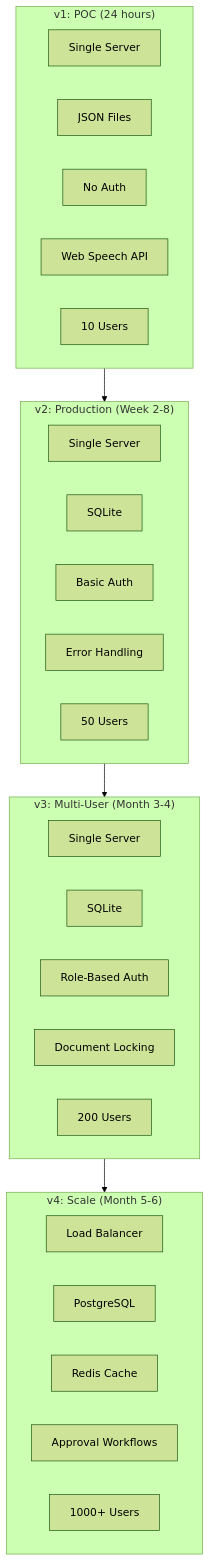
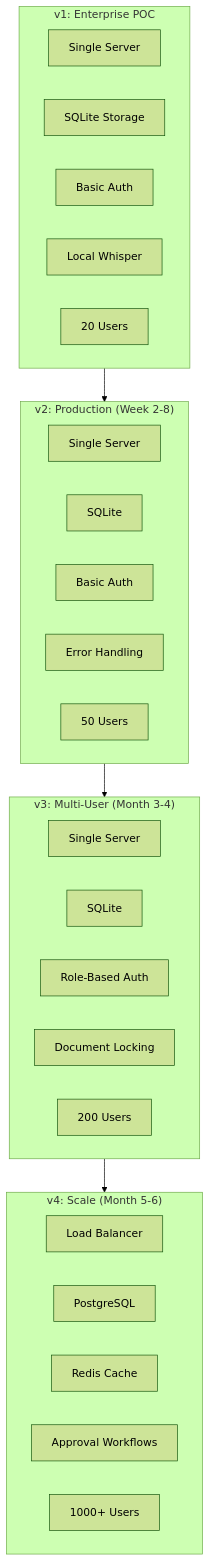
Before and after one commit to steeltroops-ai/smart-office: diagram 18 of 29 in docs/01-design-and-approach.md, drawn with Mermaid (forest theme). The commit also changed other lines of this file and 8 other files, not shown here.

Commit message:
feat: Upgrade to Enterprise V1 Architecture (SQLite, Locking, Auth)

````diff
--- a/docs/01-design-and-approach.md
+++ b/docs/01-design-and-approach.md
@@ -657,38 +654,38 @@
 ```mermaid
 graph TB
-    subgraph V1["v1: POC (24 hours)"]
+    subgraph V1["v1: Enterprise POC"]
         V1A[Single Server]
-        V1B[JSON Files]
-        V1C[No Auth]
-        V1D[Web Speech API]
-        V1E[10 Users]
+        V1B[SQLite Storage]
+        V1C[Basic Auth]
+        V1D[Local Whisper]
+        V1E[20 Users]
     end
-    
+
     subgraph V2["v2: Production (Week 2-8)"]
         V2A[Single Server]
         V2B[SQLite]
         V2C[Basic Auth]
         V2D[Error Handling]
         V2E[50 Users]
     end
-    
+
     subgraph V3["v3: Multi-User (Month 3-4)"]
         V3A[Single Server]
         V3B[SQLite]
         V3C[Role-Based Auth]
         V3D[Document Locking]
         V3E[200 Users]
     end
-    
+
     subgraph V4["v4: Scale (Month 5-6)"]
         V4A[Load Balancer]
         V4B[PostgreSQL]
         V4C[Redis Cache]
         V4D[Approval Workflows]
         V4E[1000+ Users]
     end
-    
+
     V1 --> V2
     V2 --> V3
     V3 --> V4
 ```
````
